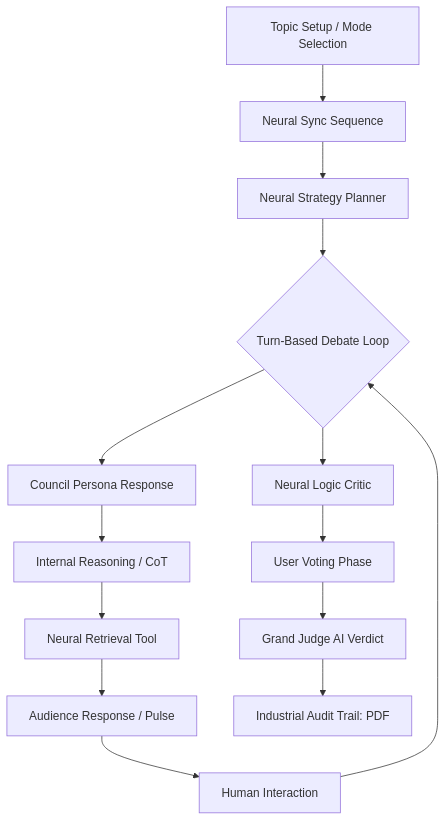
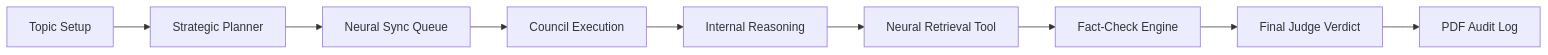
One commit to srishtit067/debate-arena changed the diagram in README.md. Above: the diagram before and after it, drawn with Mermaid. The commit also changed other lines of this file and 1 other file, not shown here.

Commit message:
docs: v11.0 ARCHITECTURAL EDITION - Simple and Crisp Technical Map

````diff
--- a/README.md
+++ b/README.md
@@ -29,16 +29,11 @@
 ```mermaid
-graph TD
-    A[Topic Setup / Mode Selection] --> B[Neural Sync Sequence]
-    B --> C[Neural Strategy Planner]
-    C --> D{Turn-Based Debate Loop}
-    D --> E[Council Persona Response]
-    E --> F[Internal Reasoning / CoT]
-    F --> G[Neural Retrieval Tool]
-    G --> H[Audience Response / Pulse]
-    H --> I[Human Interaction]
-    I --> D
-    D --> J[Neural Logic Critic]
-    J --> K[User Voting Phase]
-    K --> L[Grand Judge AI Verdict]
-    L --> M[Industrial Audit Trail: PDF]
+graph LR
+    A[Topic Setup] --> B[Strategic Planner]
+    B --> C[Neural Sync Queue]
+    C --> D[Council Execution]
+    D --> E[Internal Reasoning]
+    E --> F[Neural Retrieval Tool]
+    F --> G[Fact-Check Engine]
+    G --> H[Final Judge Verdict]
+    H --> I[PDF Audit Log]
 ```
````
